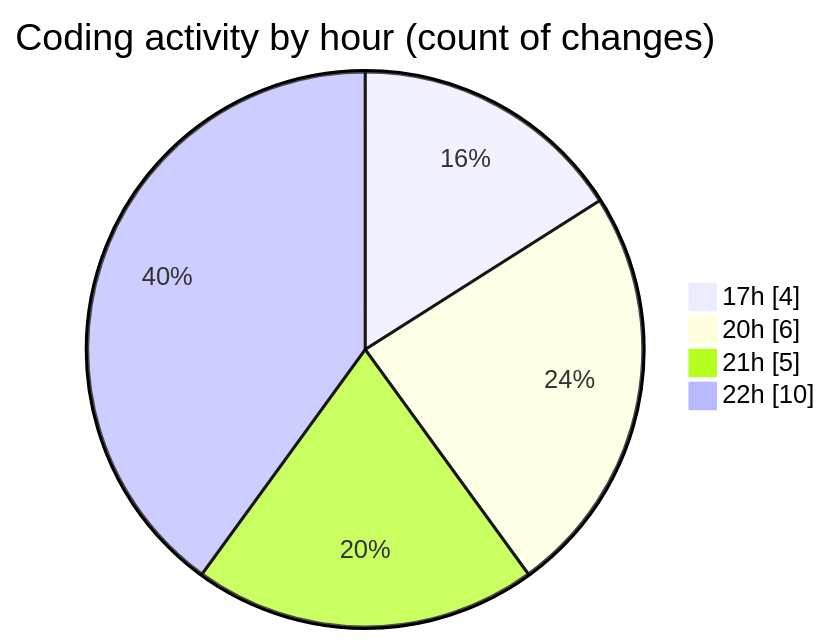
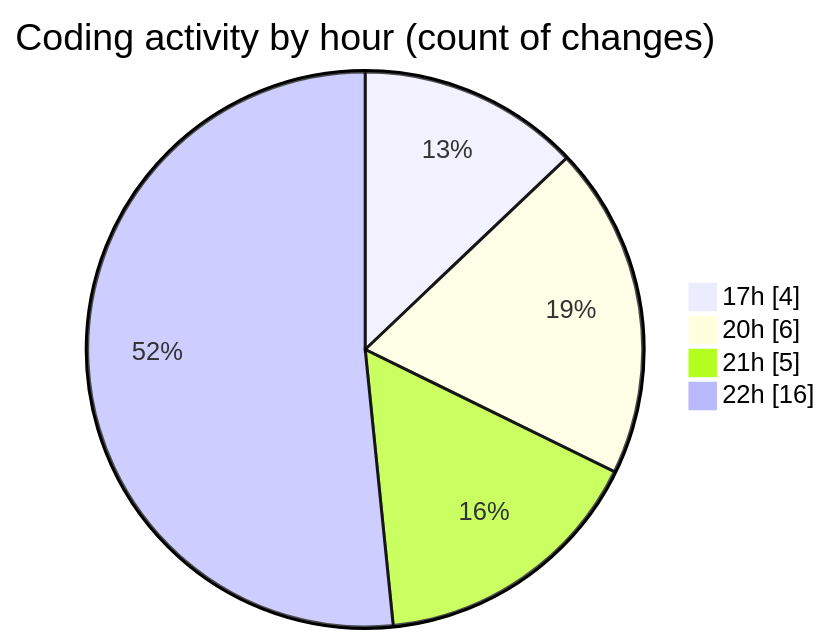
The second of 2 diagrams in 2025-05-16/booking/README.md (idhammustaqopulfikri/code-tracking), drawn with Mermaid before and after one commit. The commit also changed other lines of this file and 1 other file, not shown here.

````diff
--- a/2025-05-16/booking/README.md
+++ b/2025-05-16/booking/README.md
@@ -41,8 +44,8 @@
 ```mermaid
 pie showData
 title Coding activity by hour (count of changes)
 "17h" : 4
 "20h" : 6
 "21h" : 5
-"22h" : 10
+"22h" : 16
 ```
````
